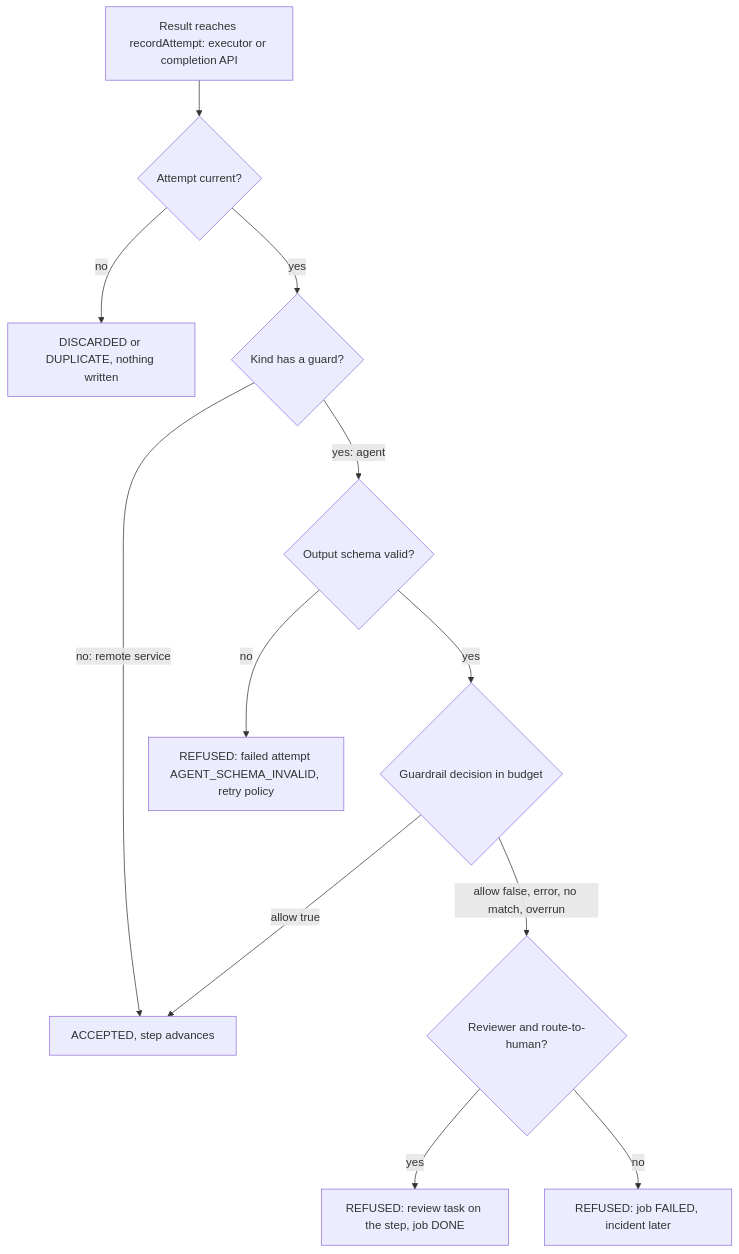
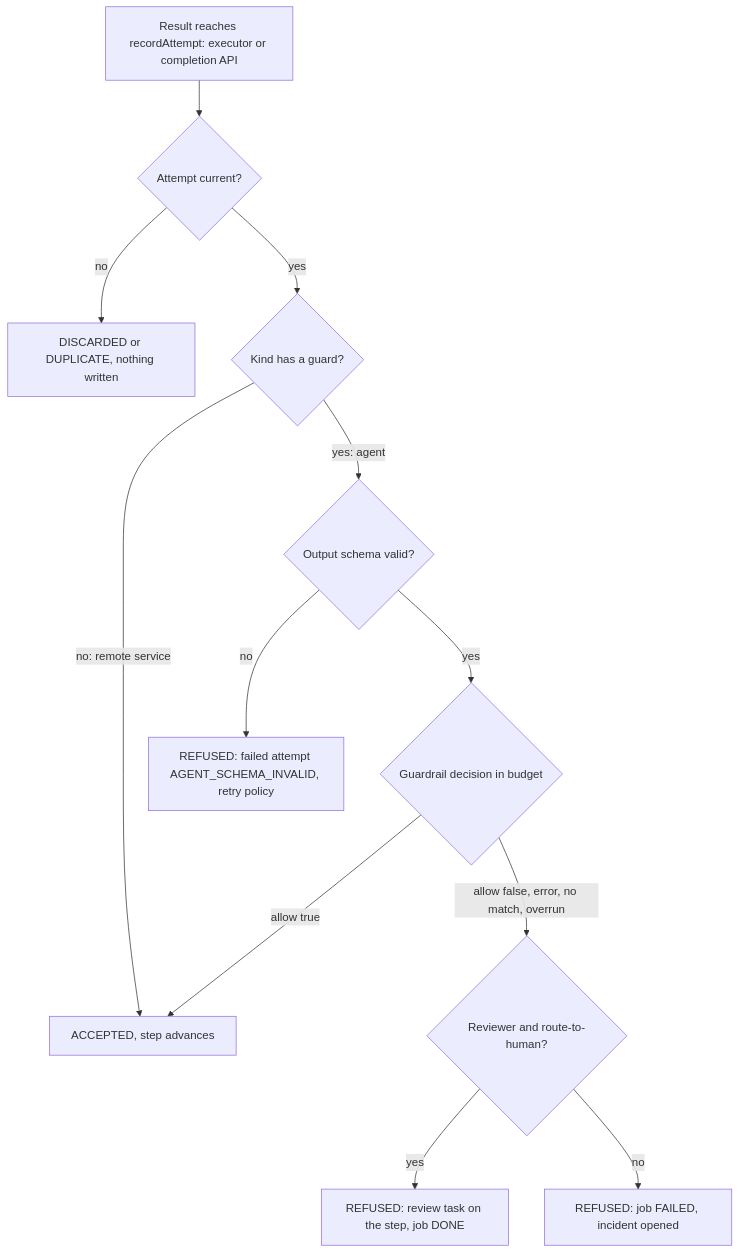
Before and after one commit to dhluong90/horus-Agentic-BPM: the third of 4 diagrams in process-engine/docs/DESIGN.md, drawn with Mermaid. The commit also changed other lines of this file and 40 other files, not shown here.

````diff
--- a/process-engine/docs/DESIGN.md
+++ b/process-engine/docs/DESIGN.md
@@ -257,14 +269,14 @@
 ```mermaid
 flowchart TD
     R[Result reaches recordAttempt: executor or completion API] --> C{Attempt current?}
     C -- no --> D[DISCARDED or DUPLICATE, nothing written]
     C -- yes --> K{Kind has a guard?}
     K -- "no: remote service" --> A[ACCEPTED, step advances]
     K -- "yes: agent" --> S{Output schema valid?}
     S -- no --> F[REFUSED: failed attempt AGENT_SCHEMA_INVALID, retry policy]
     S -- yes --> G{Guardrail decision in budget}
     G -- "allow true" --> A
     G -- "allow false, error, no match, overrun" --> V{Reviewer and route-to-human?}
     V -- yes --> T[REFUSED: review task on the step, job DONE]
-    V -- no --> X[REFUSED: job FAILED, incident later]
+    V -- no --> X[REFUSED: job FAILED, incident opened]
 ```
````
